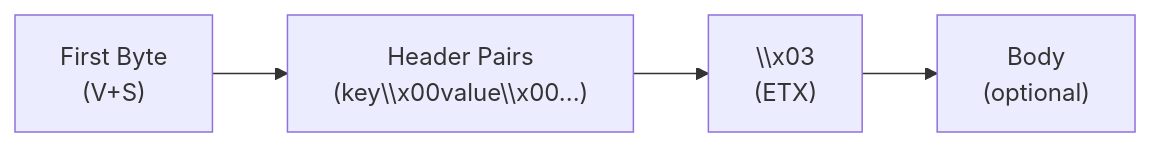
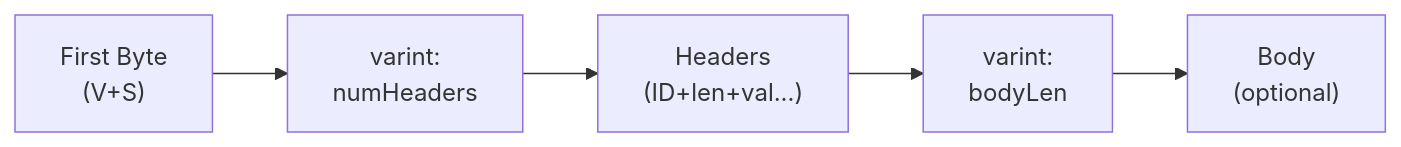
One commit to qo-proto/qh changed the fourth of 4 diagrams in docs/protocol-definition.md. Above: the diagram before and after it, drawn with Mermaid. The commit also changed other lines of this file and 4 other files, not shown here.

````diff
--- a/docs/protocol-definition.md
+++ b/docs/protocol-definition.md
@@ -624,6 +730,7 @@
 ```mermaid
 flowchart LR
-    A["First Byte<br/>(V+S)"] --> B["Header Pairs<br/>(key\\x00value\\x00...)"]
-    B --> C["\\x03<br/>(ETX)"]
-    C --> D["Body<br/>(optional)"]
+    A["First Byte<br/>(V+S)"] --> B["varint:<br/>numHeaders"]
+    B --> C["Headers<br/>(ID+len+val...)"]
+    C --> D["varint:<br/>bodyLen"]
+    D --> E["Body<br/>(optional)"]
 ```
````
